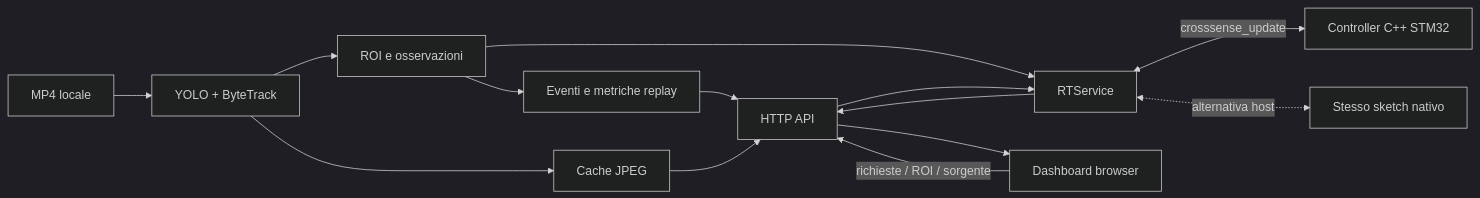
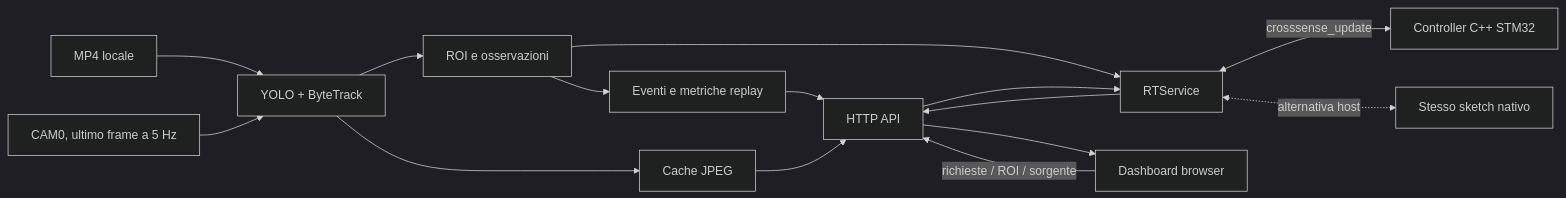
The diagram in docs/architecture.md (Pasquale-Buonocore/CrossSense), drawn with Mermaid (dark theme) before and after one commit. The commit also changed other lines of this file and 26 other files, not shown here.

````diff
--- a/docs/architecture.md
+++ b/docs/architecture.md
@@ -38,16 +38,17 @@
 ```mermaid
 flowchart LR
     MP4[MP4 locale] --> V[YOLO + ByteTrack]
+    CAM[CAM0, ultimo frame a 5 Hz] --> V
     V --> Z[ROI e osservazioni]
     Z --> E[Eventi e metriche replay]
     Z --> R[RTService]
     R <-->|crosssense_update| C[Controller C++ STM32]
     R <-.->|alternativa host| N[Stesso sketch nativo]
     V --> J[Cache JPEG]
     R --> H[HTTP API]
     E --> H
     J --> H
     H --> B[Dashboard browser]
     B -->|richieste / ROI / sorgente| H
     H --> R
 ```
````
